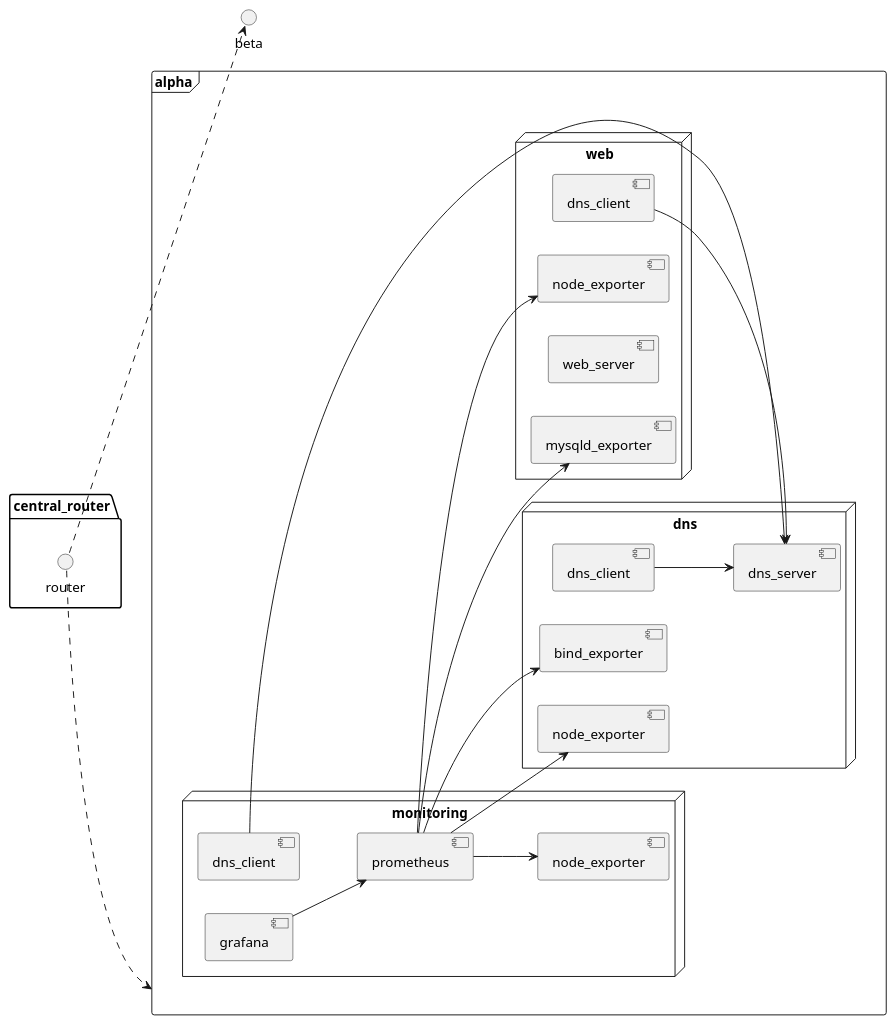
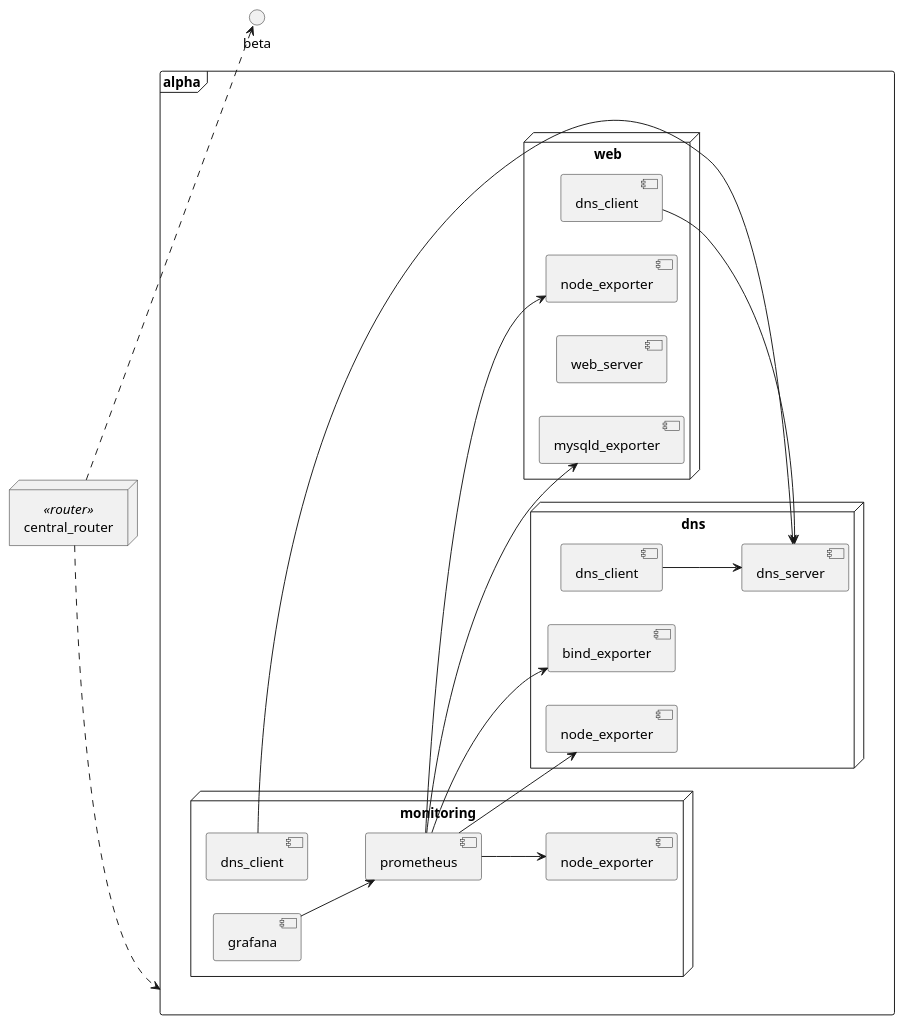
The diagram in converter/input/test_env/uml_test_env.puml (lucasluduenasegre/plantuml2ansible), drawn with PlantUML before and after one commit. The commit also changed 9 other files, not shown here.

```diff
--- a/converter/input/test_env/uml_test_env.puml
+++ b/converter/input/test_env/uml_test_env.puml
@@ -1,59 +1,63 @@
 @startuml test_env
 ' Specify diagram name above, otherwise falls back on filename for output directory
 ' Note: this name must match with that of the network diagram
 
 ' Fix roles being reused over different nodes
 ' This line makes sure that objects with the same name (nota)
 set separator .
 ' Purely visual, shouldn't have an effect on the parser
 left to right direction
 
 ' Note: whatever comes after "as" is what's rendered by PlantUML
 
 ' Format: frame <network_identifier>
 frame alpha {
     ' Format: node <host_identifier> as <description> 
     node dns as "dns" {
         ' Format: component <role_identifier> as <role_name>
         component dns_client
         component bind_exporter
         component node_exporter
         component dns_server
     }
 
     node monitoring as "monitoring" {
         component dns_client
         component node_exporter
         component prometheus
         component grafana
     }
 
     node web as "web" {
         component dns_client
         component node_exporter
         component web_server
         component mysqld_exporter
     }
 }
 
+node central_router <<router>> {
+    
+}
+
 ' Role-to-role connections
 
 ' Format: <role_identifier> --> <role_identifier>
 alpha.dns.dns_client --> alpha.dns.dns_server
 alpha.monitoring.dns_client --> alpha.dns.dns_server
 alpha.web.dns_client --> alpha.dns.dns_server
 
 alpha.monitoring.prometheus --> alpha.dns.bind_exporter
 alpha.monitoring.prometheus --> alpha.dns.node_exporter
 alpha.monitoring.prometheus --> alpha.monitoring.node_exporter
 alpha.monitoring.prometheus --> alpha.web.mysqld_exporter
 alpha.monitoring.prometheus --> alpha.web.node_exporter 
 alpha.monitoring.grafana --> alpha.monitoring.prometheus
 
 ' Role-to-host or role-to-network connections
 
 ' Format: <role_identifier> ..> <host_identifier|network_identifier>
-central_router.router ..> alpha
-central_router.router ..> beta
+central_router ..> alpha
+central_router ..> beta
 
 @enduml
```
